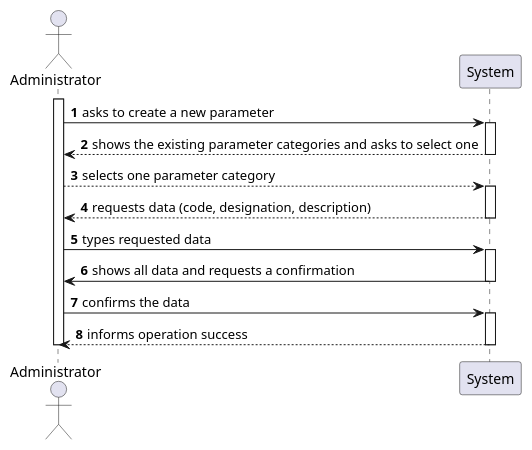
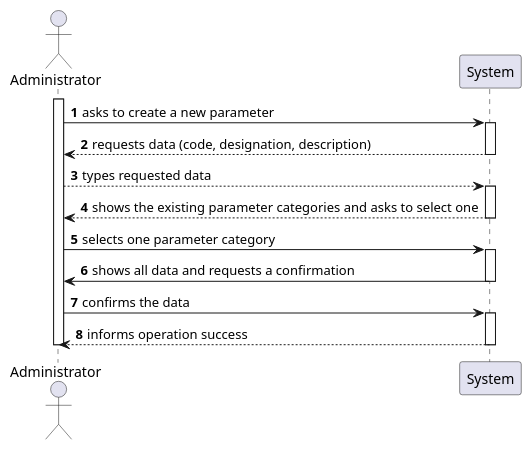
The diagram in docs/SprintB/US10/US10-SSD.puml (0franciscor/lei-21-s2-1de-g19), drawn with PlantUML before and after one commit. The commit also changed 4 other files, not shown here.

```diff
--- a/docs/SprintB/US10/US10-SSD.puml
+++ b/docs/SprintB/US10/US10-SSD.puml
@@ -1,20 +1,20 @@
 @startuml
 'https://plantuml.com/sequence-diagram
 
 autonumber
 
 actor Administrator as ADM
 activate ADM
 
 ADM -> System ++: asks to create a new parameter
+System --> ADM --: requests data (code, designation, description)
+ADM --> System ++: types requested data
 System --> ADM --: shows the existing parameter categories and asks to select one
-ADM --> System ++: selects one parameter category
-System --> ADM --: requests data (code, designation, description)
-ADM -> System ++: types requested data
+ADM -> System ++: selects one parameter category
 System -> ADM --: shows all data and requests a confirmation
 ADM -> System ++: confirms the data
 System --> ADM --: informs operation success
 
 deactivate ADM
 
 @enduml
```
